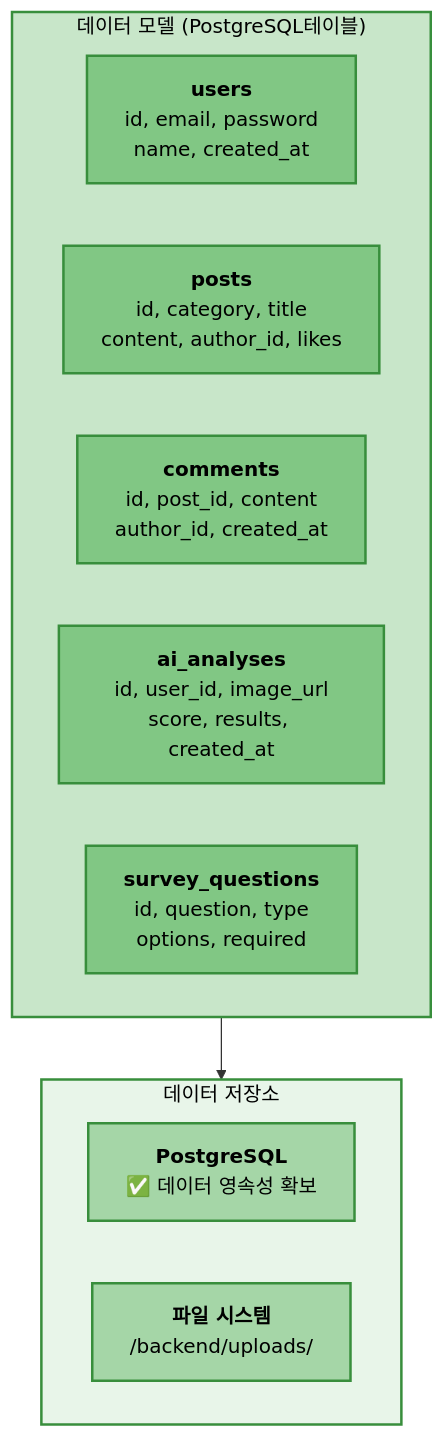
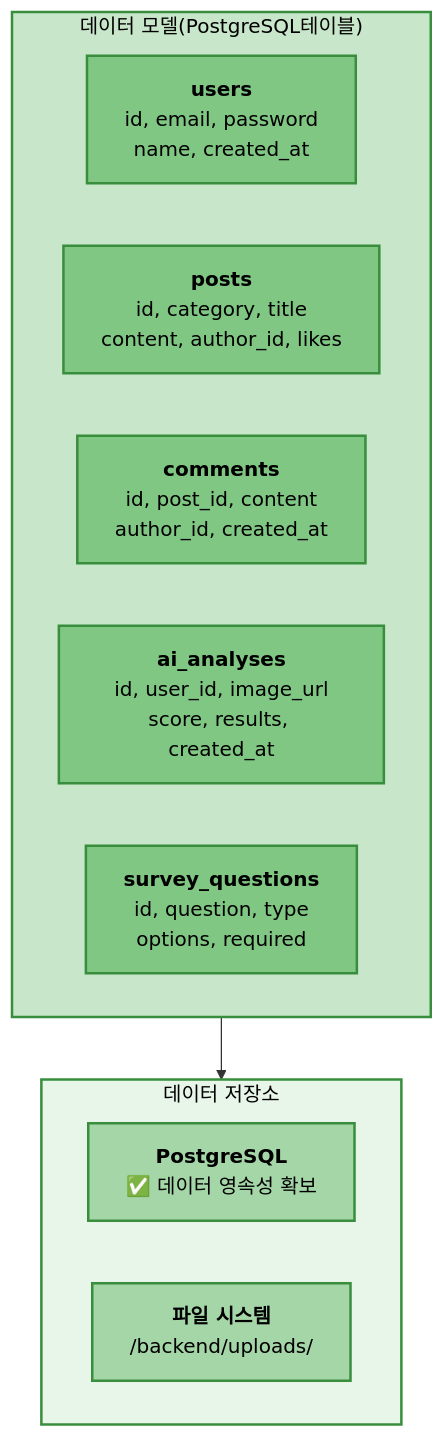
Before and after one commit to kyoe-23/DeepLearning_project: the fourth of 7 diagrams in Architecture.md, drawn with Mermaid.

````diff
--- a/Architecture.md
+++ b/Architecture.md
@@ -127,30 +127,29 @@
 ```mermaid
 graph TB
     subgraph STORAGE["데이터 저장소"]
         direction LR
         POSTGRES["<b>PostgreSQL</b><br/>✅ 데이터 영속성 확보"]
         FILES["<b>파일 시스템</b><br/>/backend/uploads/"]
     end
 
-    subgraph MODELS["데이터 모델 (PostgreSQL테이블)"]
+    subgraph MODELS["데이터 모델(PostgreSQL테이블)"]
         direction LR
-        
         USERS["<b>users</b><br/>id, email, password<br/>name, created_at"]
         POSTS["<b>posts</b><br/>id, category, title<br/>content, author_id, likes"]
         COMMENTS["<b>comments</b><br/>id, post_id, content<br/>author_id, created_at"]
         ANALYSES["<b>ai_analyses</b><br/>id, user_id, image_url<br/>score, results, created_at"]
         SURVEYS["<b>survey_questions</b><br/>id, question, type<br/>options, required"]
     end
 
     MODELS --> STORAGE
 
     style STORAGE fill:#E8F5E9,stroke:#388E3C,stroke-width:2px,color:#000
     style MODELS fill:#C8E6C9,stroke:#388E3C,stroke-width:2px,color:#000
     style POSTGRES fill:#A5D6A7,stroke:#388E3C,stroke-width:2px,color:#000
     style FILES fill:#A5D6A7,stroke:#388E3C,stroke-width:2px,color:#000
     style USERS fill:#81C784,stroke:#388E3C,stroke-width:2px,color:#000
     style POSTS fill:#81C784,stroke:#388E3C,stroke-width:2px,color:#000
     style COMMENTS fill:#81C784,stroke:#388E3C,stroke-width:2px,color:#000
     style ANALYSES fill:#81C784,stroke:#388E3C,stroke-width:2px,color:#000
     style SURVEYS fill:#81C784,stroke:#388E3C,stroke-width:2px,color:#000
 ```
````
